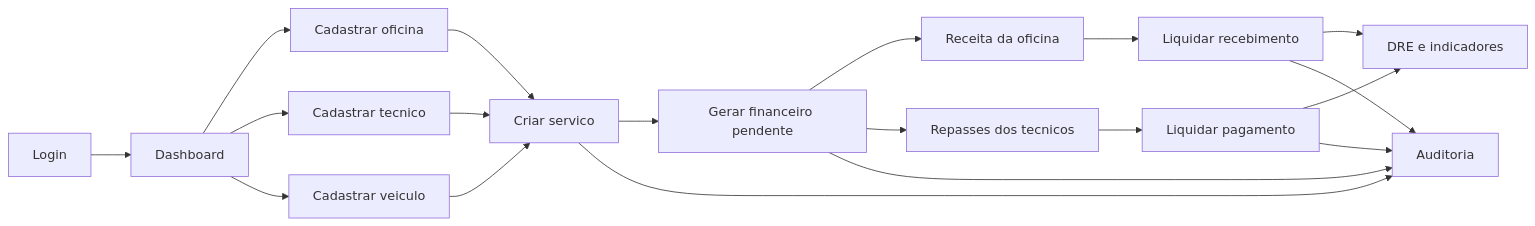
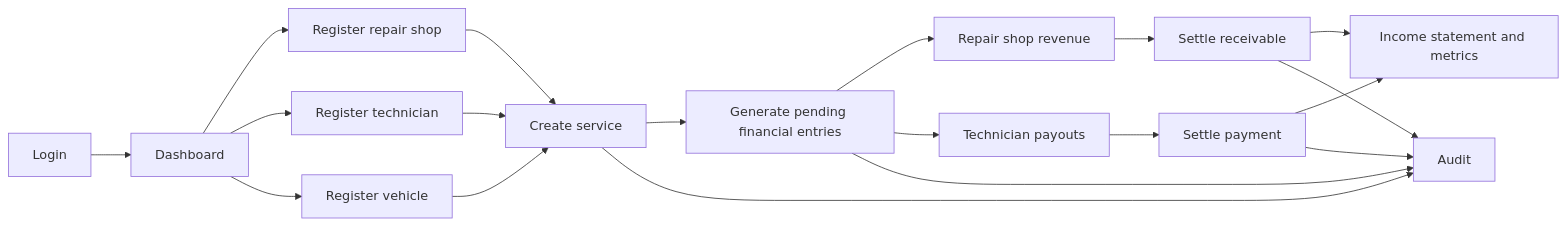
Before and after one commit to bitbloomai/Plataforma_PDR_Hub: the first of 3 diagrams in README.md, drawn with Mermaid. The commit also changed other lines of this file, not shown here.

````diff
--- a/README.md
+++ b/README.md
@@ -13,21 +13,21 @@
 ```mermaid
 flowchart LR
   A[Login] --> B[Dashboard]
-  B --> C[Cadastrar oficina]
-  B --> D[Cadastrar tecnico]
-  B --> E[Cadastrar veiculo]
-  C --> F[Criar servico]
+  B --> C[Register repair shop]
+  B --> D[Register technician]
+  B --> E[Register vehicle]
+  C --> F[Create service]
   D --> F
   E --> F
-  F --> G[Gerar financeiro pendente]
-  G --> H[Receita da oficina]
-  G --> I[Repasses dos tecnicos]
-  H --> J[Liquidar recebimento]
-  I --> K[Liquidar pagamento]
-  J --> L[DRE e indicadores]
+  F --> G[Generate pending financial entries]
+  G --> H[Repair shop revenue]
+  G --> I[Technician payouts]
+  H --> J[Settle receivable]
+  I --> K[Settle payment]
+  J --> L[Income statement and metrics]
   K --> L
-  F --> M[Auditoria]
+  F --> M[Audit]
   G --> M
   J --> M
   K --> M
 ```
````
